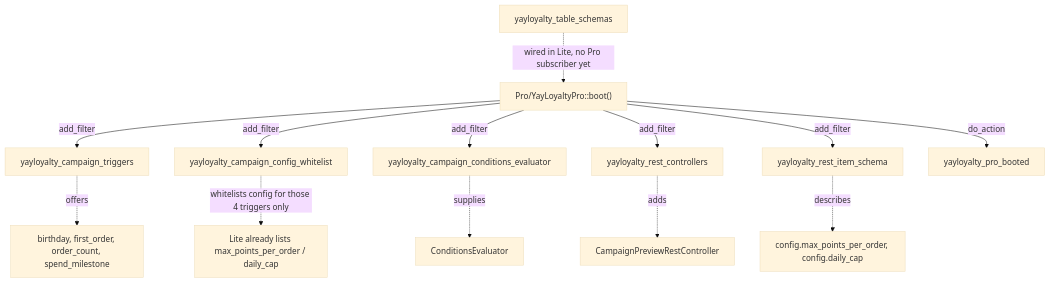
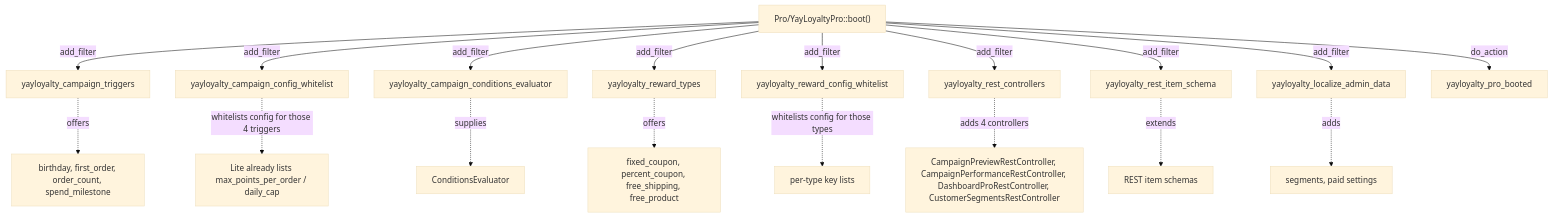
Before and after one commit to YayCommerce/YayLoyalty: the third of 3 diagrams in docs/system-architecture.md, drawn with Mermaid (base theme). The commit also changed other lines of this file and 7 other files, not shown here.

First line of the commit message:
docs: correct stale claims after the drawer and campaign performance merges

````diff
--- a/docs/system-architecture.md
+++ b/docs/system-architecture.md
@@ -162,19 +180,25 @@
 ```mermaid
 flowchart TD
     Pro["Pro/YayLoyaltyPro::boot()"]
 
     Pro -->|add_filter| Triggers["yayloyalty_campaign_triggers"]
     Pro -->|add_filter| ConfigWL["yayloyalty_campaign_config_whitelist"]
     Pro -->|add_filter| CondEval["yayloyalty_campaign_conditions_evaluator"]
+    Pro -->|add_filter| RewardTypes["yayloyalty_reward_types"]
+    Pro -->|add_filter| RewardWL["yayloyalty_reward_config_whitelist"]
     Pro -->|add_filter| RestCtrlrs["yayloyalty_rest_controllers"]
     Pro -->|add_filter| Schema["yayloyalty_rest_item_schema"]
+    Pro -->|add_filter| LocalizeData["yayloyalty_localize_admin_data"]
+
+    RestCtrlrs -.->|adds 4 controllers| Ctrls["CampaignPreviewRestController, CampaignPerformanceRestController, DashboardProRestController, CustomerSegmentsRestController"]
+    
+    Triggers -.->|offers| T["birthday, first_order, order_count, spend_milestone"]
+    ConfigWL -.->|whitelists config for those 4 triggers| C["Lite already lists max_points_per_order / daily_cap"]
+    CondEval -.->|supplies| E["ConditionsEvaluator"]
+    RewardTypes -.->|offers| RT["fixed_coupon, percent_coupon, free_shipping, free_product"]
+    RewardWL -.->|whitelists config for those types| RW["per-type key lists"]
+    Schema -.->|extends| S["REST item schemas"]
+    LocalizeData -.->|adds| LD["segments, paid settings"]
+
     Pro -->|do_action| ProBooted["yayloyalty_pro_booted"]
-
-    Triggers -.->|offers| T["birthday, first_order, order_count, spend_milestone"]
-    ConfigWL -.->|whitelists config for those 4 triggers only| C["Lite already lists max_points_per_order / daily_cap"]
-    CondEval -.->|supplies| E["ConditionsEvaluator"]
-    RestCtrlrs -.->|adds| R["CampaignPreviewRestController"]
-    Schema -.->|describes| S["config.max_points_per_order, config.daily_cap"]
-
-    Unused["yayloyalty_table_schemas"] -.->|wired in Lite, no Pro subscriber yet| Pro
 ```
````
